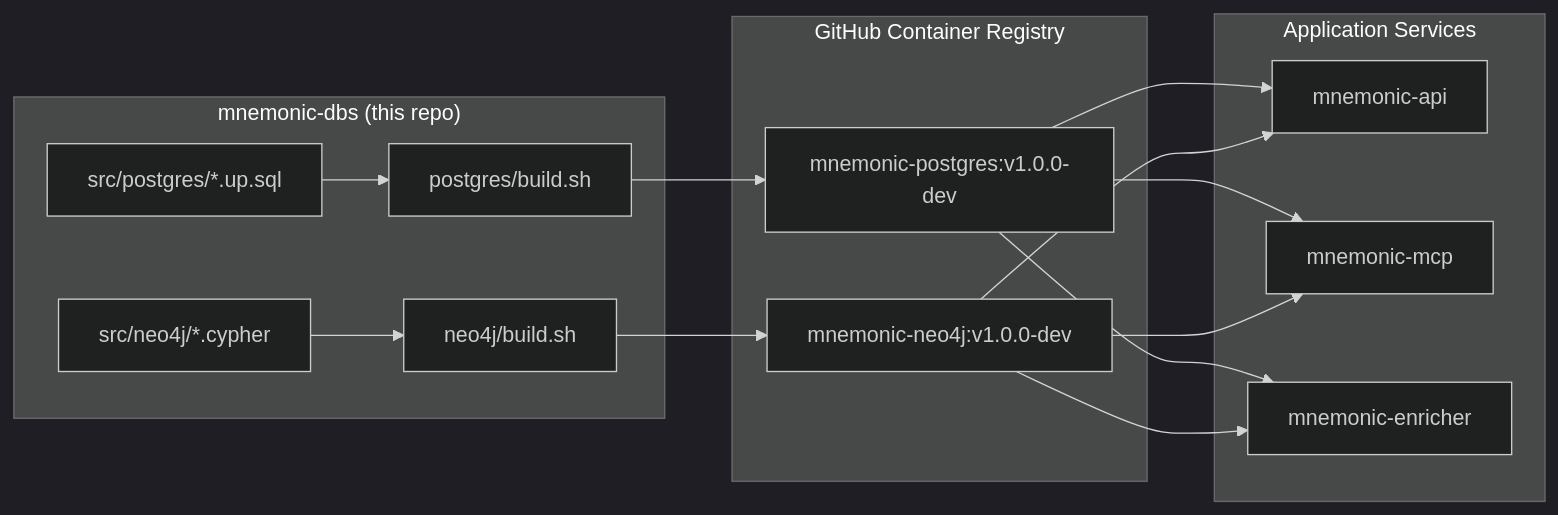
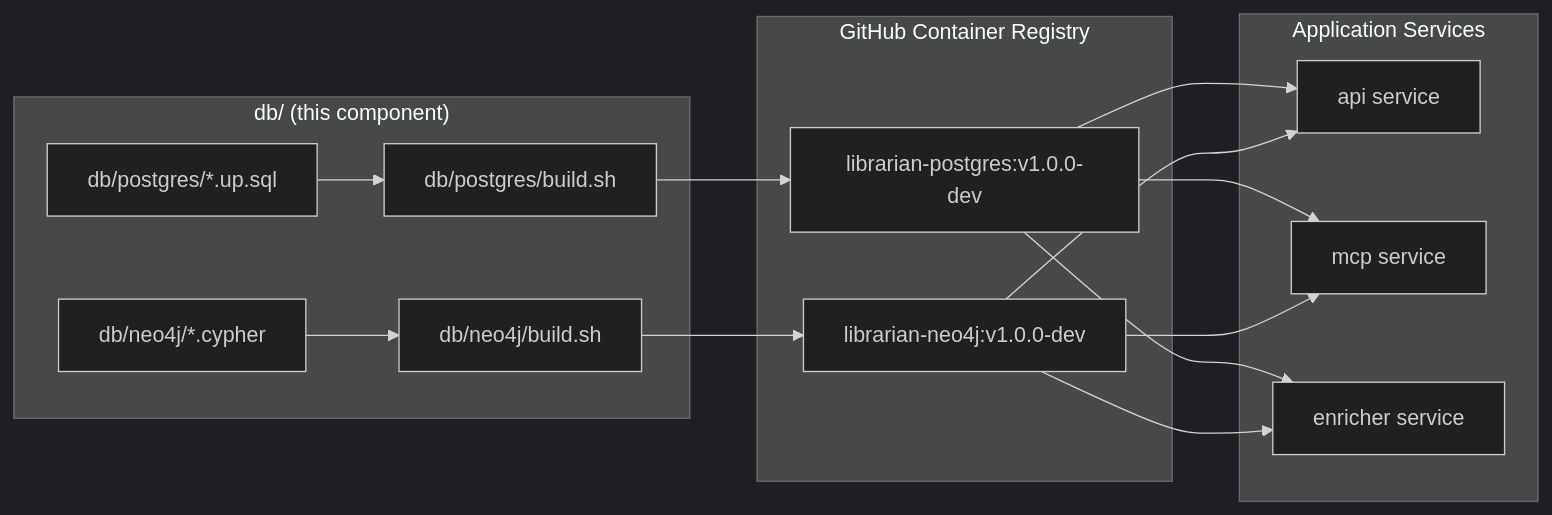
The diagram in docs/design/architecture/dbs/00-overview.md (twistingmercury/mnemonic), drawn with Mermaid (dark theme) before and after one commit. The commit also changed other lines of this file and 35 other files, not shown here.

````diff
--- a/docs/design/architecture/dbs/00-overview.md
+++ b/docs/design/architecture/dbs/00-overview.md
@@ -21,30 +21,30 @@
 ```mermaid
 graph LR
-    subgraph mnemonic-dbs["mnemonic-dbs (this repo)"]
-        PG_SQL["src/postgres/*.up.sql"]
-        NEO_CYP["src/neo4j/*.cypher"]
-        PG_BUILD["postgres/build.sh"]
-        NEO_BUILD["neo4j/build.sh"]
+    subgraph db["db/ (this component)"]
+        PG_SQL["db/postgres/*.up.sql"]
+        NEO_CYP["db/neo4j/*.cypher"]
+        PG_BUILD["db/postgres/build.sh"]
+        NEO_BUILD["db/neo4j/build.sh"]
         PG_SQL --> PG_BUILD
         NEO_CYP --> NEO_BUILD
     end
 
     subgraph GHCR["GitHub Container Registry"]
-        PG_IMG["mnemonic-postgres:v1.0.0-dev"]
-        NEO_IMG["mnemonic-neo4j:v1.0.0-dev"]
+        PG_IMG["librarian-postgres:v1.0.0-dev"]
+        NEO_IMG["librarian-neo4j:v1.0.0-dev"]
         PG_BUILD --> PG_IMG
         NEO_BUILD --> NEO_IMG
     end
 
     subgraph Apps["Application Services"]
-        API["mnemonic-api"]
-        MCP["mnemonic-mcp"]
-        ENR["mnemonic-enricher"]
+        API["api service"]
+        MCP["mcp service"]
+        ENR["enricher service"]
         PG_IMG --> API
         PG_IMG --> MCP
         PG_IMG --> ENR
         NEO_IMG --> API
         NEO_IMG --> MCP
         NEO_IMG --> ENR
     end
 ```
````
